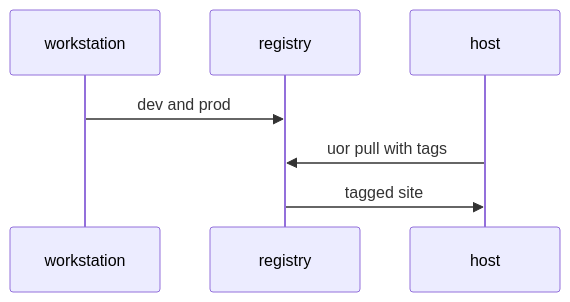
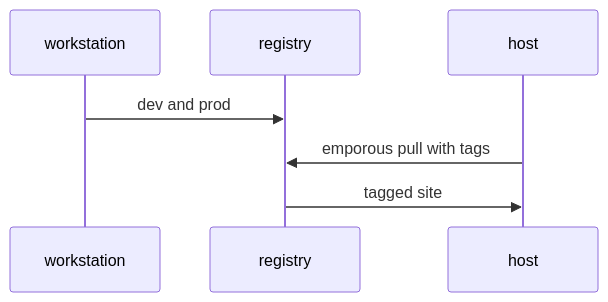
One commit to emporous/examples changed the first of 2 diagrams in static-website/README.md. Above: the diagram before and after it, drawn with Mermaid. The commit also changed other lines of this file and 28 other files, not shown here.

Commit message:
Finish UOR -> Emporous rename

````diff
--- a/static-website/README.md
+++ b/static-website/README.md
@@ -14,10 +14,10 @@
 ```mermaid
 sequenceDiagram
     participant workstation
     participant registry
     participant host
     workstation->>registry: dev and prod
-    host->>registry: uor pull with tags
+    host->>registry: emporous pull with tags
     registry->>host: tagged site
 
 ```
````
